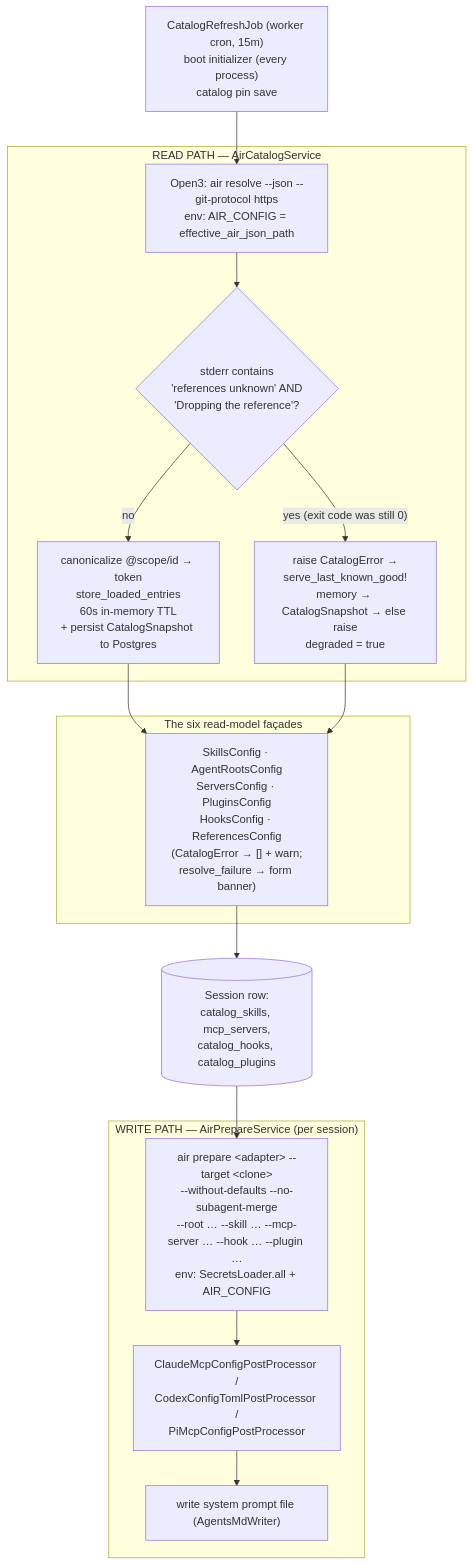
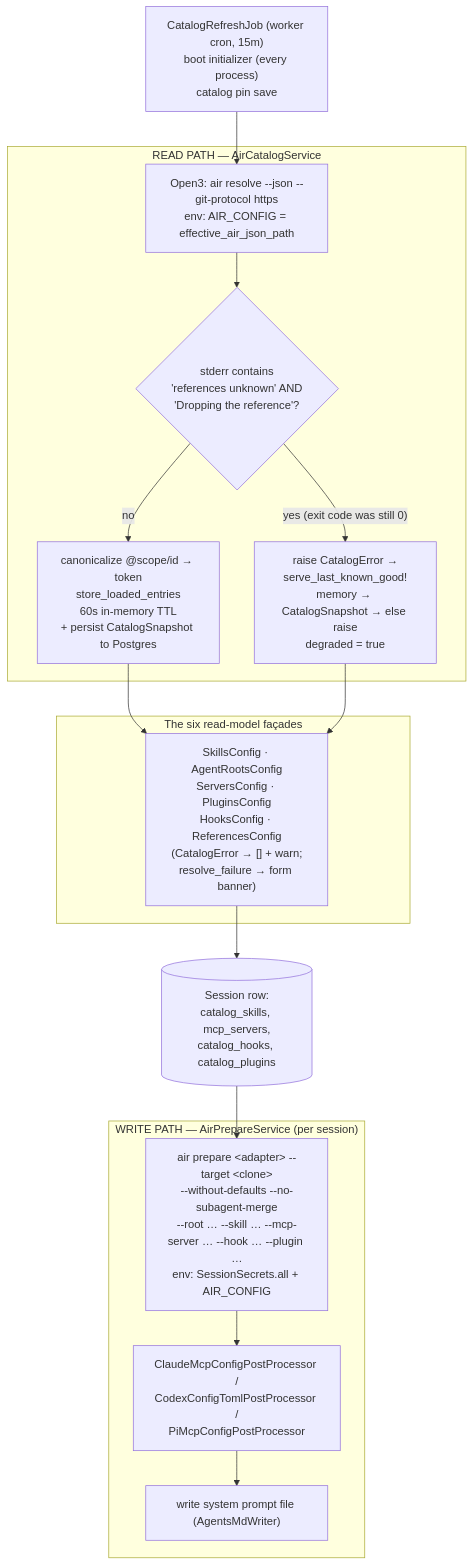
The diagram in docs/src/content/docs/air/zimmer-integration.md (tadasant/zimmer), drawn with Mermaid before and after one commit. The commit also changed other lines of this file and 15 other files, not shown here.

First line of the commit message:
fix(secrets): prepare every session from the store, not encrypted credentials only

````diff
--- a/docs/src/content/docs/air/zimmer-integration.md
+++ b/docs/src/content/docs/air/zimmer-integration.md
@@ -11,29 +11,29 @@
 ```mermaid
 flowchart TB
     subgraph read["READ PATH — AirCatalogService"]
         R1["Open3: air resolve --json --git-protocol https<br/>env: AIR_CONFIG = effective_air_json_path"]
         R2{"stderr contains<br/>'references unknown' AND<br/>'Dropping the reference'?"}
         R3["canonicalize @scope/id → token<br/>store_loaded_entries<br/>60s in-memory TTL<br/>+ persist CatalogSnapshot to Postgres"]
         R4["raise CatalogError →<br/>serve_last_known_good!<br/>memory → CatalogSnapshot → else raise<br/>degraded = true"]
         R1 --> R2
         R2 -->|no| R3
         R2 -->|"yes (exit code was still 0)"| R4
     end
 
     subgraph facades["The six read-model façades"]
         F["SkillsConfig · AgentRootsConfig<br/>ServersConfig · PluginsConfig<br/>HooksConfig · ReferencesConfig<br/>(CatalogError → [] + warn;<br/>resolve_failure → form banner)"]
     end
 
     subgraph write["WRITE PATH — AirPrepareService (per session)"]
-        W["air prepare &lt;adapter&gt; --target &lt;clone&gt;<br/>--without-defaults --no-subagent-merge<br/>--root … --skill … --mcp-server … --hook … --plugin …<br/>env: SecretsLoader.all + AIR_CONFIG"]
+        W["air prepare &lt;adapter&gt; --target &lt;clone&gt;<br/>--without-defaults --no-subagent-merge<br/>--root … --skill … --mcp-server … --hook … --plugin …<br/>env: SessionSecrets.all + AIR_CONFIG"]
         W2["ClaudeMcpConfigPostProcessor /<br/>CodexConfigTomlPostProcessor /<br/>PiMcpConfigPostProcessor"]
         W3["write system prompt file (AgentsMdWriter)"]
         W --> W2 --> W3
     end
 
     REFRESH["CatalogRefreshJob (worker cron, 15m)<br/>boot initializer (every process)<br/>catalog pin save"] --> R1
     R3 --> F
     R4 --> F
     F --> DB[("Session row:<br/>catalog_skills, mcp_servers,<br/>catalog_hooks, catalog_plugins")]
     DB --> W
 ```
````
